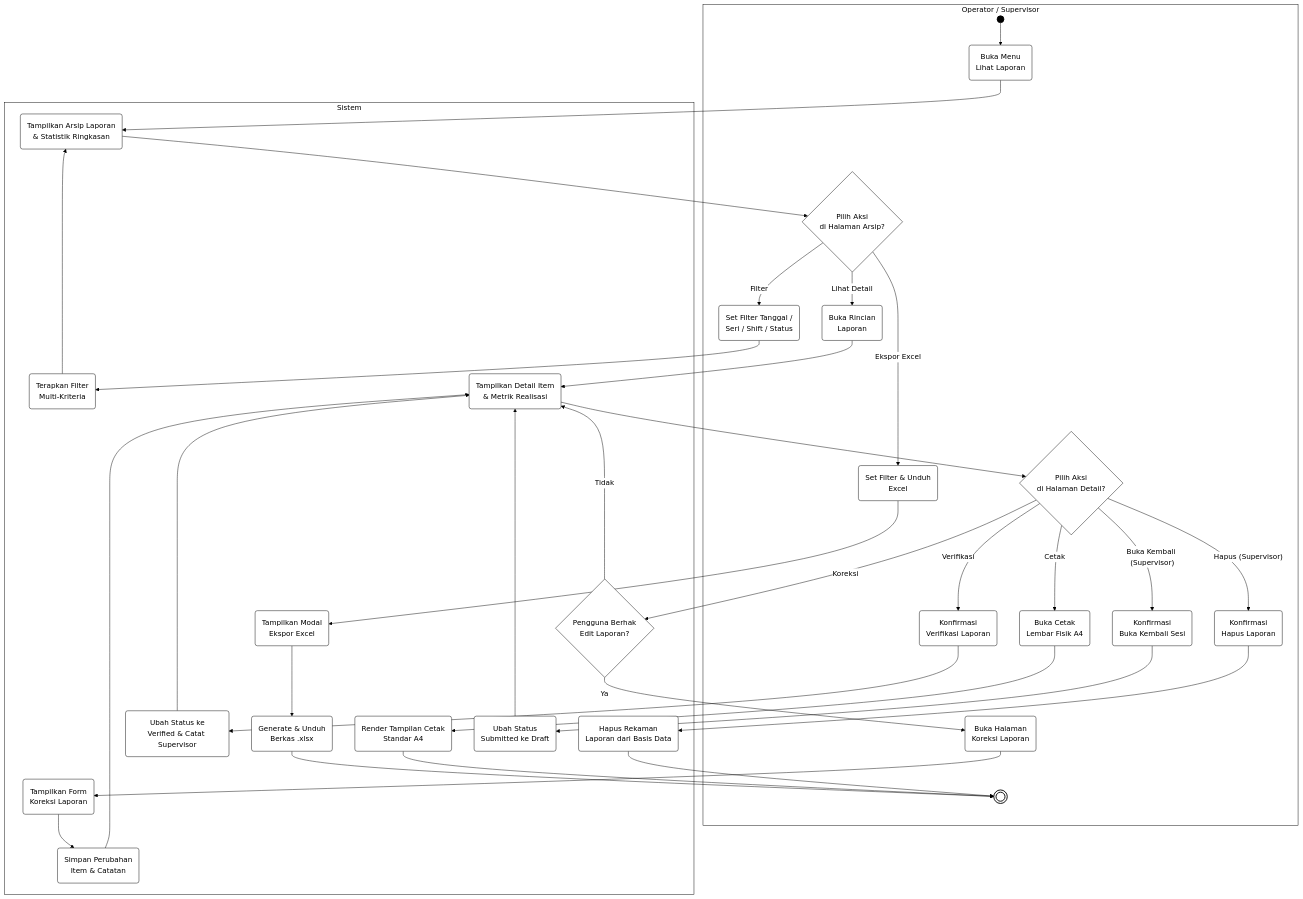
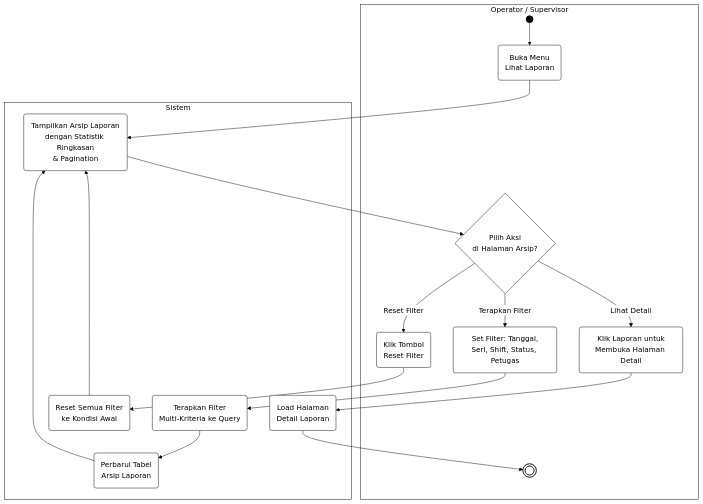
One commit to ZulfikarHD/scan-produksi changed diagram 14 of 21 in docs/BAB_III_Draft.md. Above: the diagram before and after it, drawn with Mermaid. The commit also changed other lines of this file, not shown here.

First line of the commit message:
refactor(docs): update activity diagrams for managing petugas data

````diff
--- a/docs/BAB_III_Draft.md
+++ b/docs/BAB_III_Draft.md
@@ -635,69 +882,38 @@
 ```mermaid
 %%{init: {'theme': 'base', 'themeVariables': { 'primaryColor': '#ffffff', 'primaryBorderColor': '#000000', 'primaryTextColor': '#000000', 'lineColor': '#000000', 'textColor': '#000000', 'clusterBkg': '#ffffff', 'clusterBorder': '#000000', 'edgeLabelBackground':'#ffffff' }}}%%
 flowchart TD
     subgraph Pengguna ["Operator / Supervisor"]
         U_Start(( ))
         U_Buka(Buka Menu<br/>Lihat Laporan)
-        U_Aksi{Pilih Aksi<br/>di Halaman Arsip?}
-        U_Filter(Set Filter Tanggal /<br/>Seri / Shift / Status)
-        U_Detail(Buka Rincian<br/>Laporan)
-        U_Aksi2{Pilih Aksi<br/>di Halaman Detail?}
-        U_Excel(Set Filter & Unduh<br/>Excel)
-        U_Edit(Buka Halaman<br/>Koreksi Laporan)
-        U_Verif(Konfirmasi<br/>Verifikasi Laporan)
-        U_Cetak(Buka Cetak<br/>Lembar Fisik A4)
-        U_Hapus(Konfirmasi<br/>Hapus Laporan)
-        U_Reopen(Konfirmasi<br/>Buka Kembali Sesi)
+        U_AksiArsip{Pilih Aksi<br/>di Halaman Arsip?}
+        U_Filter(Set Filter: Tanggal,<br/>Seri, Shift, Status, Petugas)
+        U_Reset(Klik Tombol<br/>Reset Filter)
+        U_Detail(Klik Laporan untuk<br/>Membuka Halaman Detail)
         U_End((( )))
     end
 
     subgraph Sistem ["Sistem"]
-        S_Arsip(Tampilkan Arsip Laporan<br/>& Statistik Ringkasan)
-        S_Filter(Terapkan Filter<br/>Multi-Kriteria)
-        S_Modal(Tampilkan Modal<br/>Ekspor Excel)
-        S_Export(Generate & Unduh<br/>Berkas .xlsx)
-        S_Rincian(Tampilkan Detail Item<br/>& Metrik Realisasi)
-        S_IzinEdit{Pengguna Berhak<br/>Edit Laporan?}
-        S_FormEdit(Tampilkan Form<br/>Koreksi Laporan)
-        S_SaveEdit(Simpan Perubahan<br/>Item & Catatan)
-        S_SetVerif(Ubah Status ke<br/>Verified & Catat Supervisor)
-        S_Print(Render Tampilan Cetak<br/>Standar A4)
-        S_DeleteReport(Hapus Rekaman<br/>Laporan dari Basis Data)
-        S_ReopenReport(Ubah Status<br/>Submitted ke Draft)
+        S_Arsip(Tampilkan Arsip Laporan<br/>dengan Statistik Ringkasan<br/>& Pagination)
+        S_Filter(Terapkan Filter<br/>Multi-Kriteria ke Query)
+        S_Perbarui(Perbarui Tabel<br/>Arsip Laporan)
+        S_ResetFilter(Reset Semua Filter<br/>ke Kondisi Awal)
+        S_Detail(Load Halaman<br/>Detail Laporan)
     end
 
     U_Start --> U_Buka
     U_Buka --> S_Arsip
-    S_Arsip --> U_Aksi
-    U_Aksi -- Filter --> U_Filter
+    S_Arsip --> U_AksiArsip
+    U_AksiArsip -- Terapkan Filter --> U_Filter
     U_Filter --> S_Filter
-    S_Filter --> S_Arsip
-    U_Aksi -- Ekspor Excel --> U_Excel
-    U_Excel --> S_Modal
-    S_Modal --> S_Export
-    S_Export --> U_End
-    U_Aksi -- Lihat Detail --> U_Detail
-    U_Detail --> S_Rincian
-    S_Rincian --> U_Aksi2
-    U_Aksi2 -- Koreksi --> S_IzinEdit
-    S_IzinEdit -- Tidak --> S_Rincian
-    S_IzinEdit -- Ya --> U_Edit
-    U_Edit --> S_FormEdit
-    S_FormEdit --> S_SaveEdit
-    S_SaveEdit --> S_Rincian
-    U_Aksi2 -- Verifikasi --> U_Verif
-    U_Verif --> S_SetVerif
-    S_SetVerif --> S_Rincian
-    U_Aksi2 -- Cetak --> U_Cetak
-    U_Cetak --> S_Print
-    S_Print --> U_End
-    U_Aksi2 -- "Hapus (Supervisor)" --> U_Hapus
-    U_Hapus --> S_DeleteReport
-    S_DeleteReport --> U_End
-    U_Aksi2 -- "Buka Kembali (Supervisor)" --> U_Reopen
-    U_Reopen --> S_ReopenReport
-    S_ReopenReport --> S_Rincian
+    S_Filter --> S_Perbarui
+    S_Perbarui --> S_Arsip
+    U_AksiArsip -- Reset Filter --> U_Reset
+    U_Reset --> S_ResetFilter
+    S_ResetFilter --> S_Arsip
+    U_AksiArsip -- Lihat Detail --> U_Detail
+    U_Detail --> S_Detail
+    S_Detail --> U_End
 
     style U_Start fill:#000000,stroke:#000000,stroke-width:2px;
     style U_End fill:#ffffff,stroke:#000000,stroke-width:2px;
 ```
````
